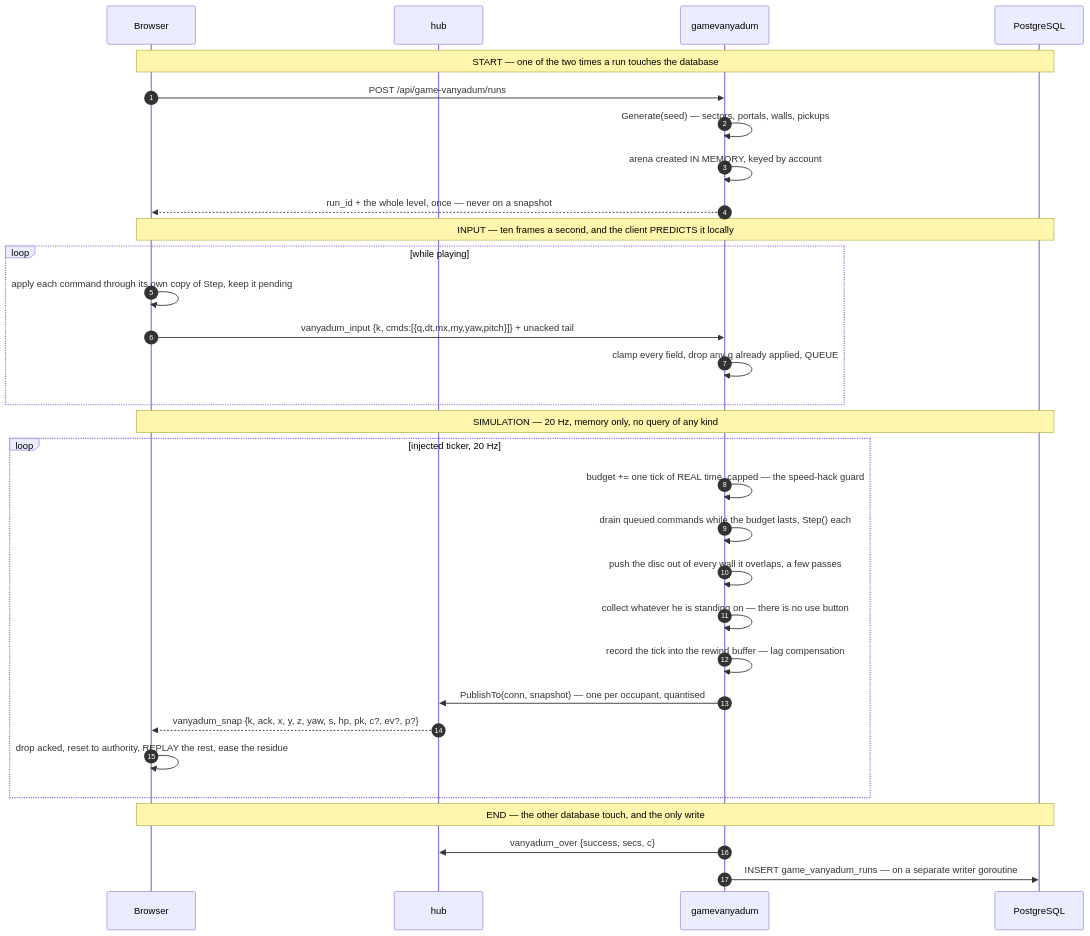
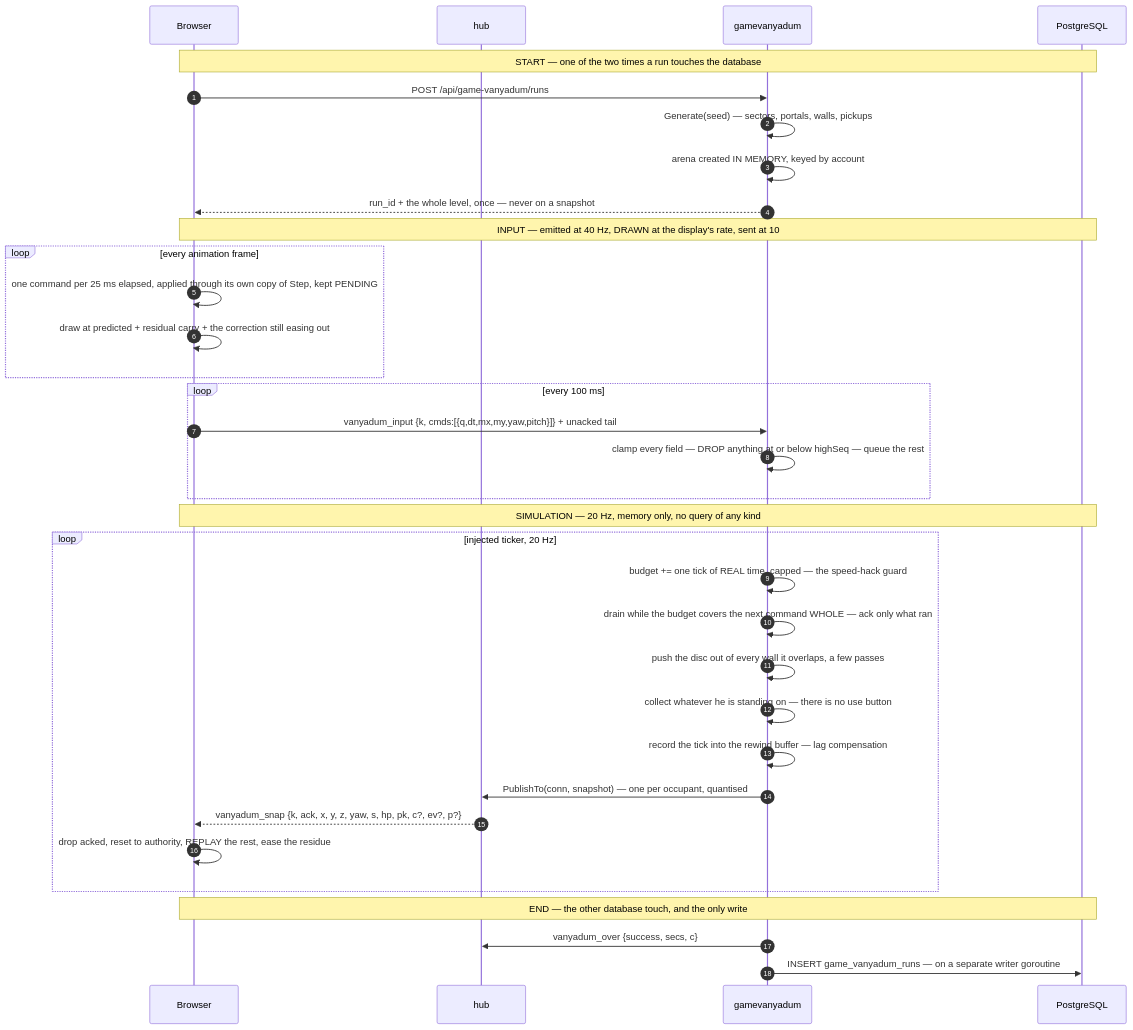
One commit to SergeyZSpb/psycho-space changed the eighth of 13 diagrams in docs/ARCHITECTURE.md. Above: the diagram before and after it, drawn with Mermaid. The commit also changed other lines of this file and 11 other files, not shown here.

````diff
--- a/docs/ARCHITECTURE.md
+++ b/docs/ARCHITECTURE.md
@@ -321,37 +321,40 @@
 ```mermaid
 sequenceDiagram
     autonumber
     participant B as Browser
     participant H as hub
     participant G as gamevanyadum
     participant P as PostgreSQL
 
     Note over B,P: START — one of the two times a run touches the database
     B->>G: POST /api/game-vanyadum/runs
     G->>G: Generate(seed) — sectors, portals, walls, pickups
     G->>G: arena created IN MEMORY, keyed by account
     G-->>B: run_id + the whole level, once — never on a snapshot
 
-    Note over B,P: INPUT — ten frames a second, and the client PREDICTS it locally
-    loop while playing
-        B->>B: apply each command through its own copy of Step, keep it pending
+    Note over B,P: INPUT — emitted at 40 Hz, DRAWN at the display's rate, sent at 10
+    loop every animation frame
+        B->>B: one command per 25 ms elapsed, applied through its own copy of Step, kept PENDING
+        B->>B: draw at predicted + residual carry + the correction still easing out
+    end
+    loop every 100 ms
         B->>G: vanyadum_input {k, cmds:[{q,dt,mx,my,yaw,pitch}]} + unacked tail
-        G->>G: clamp every field, drop any q already applied, QUEUE
+        G->>G: clamp every field — DROP anything at or below highSeq — queue the rest
     end
 
     Note over B,P: SIMULATION — 20 Hz, memory only, no query of any kind
     loop injected ticker, 20 Hz
         G->>G: budget += one tick of REAL time, capped — the speed-hack guard
-        G->>G: drain queued commands while the budget lasts, Step() each
+        G->>G: drain while the budget covers the next command WHOLE — ack only what ran
         G->>G: push the disc out of every wall it overlaps, a few passes
         G->>G: collect whatever he is standing on — there is no use button
         G->>G: record the tick into the rewind buffer — lag compensation
         G->>H: PublishTo(conn, snapshot) — one per occupant, quantised
         H-->>B: vanyadum_snap {k, ack, x, y, z, yaw, s, hp, pk, c?, ev?, p?}
         B->>B: drop acked, reset to authority, REPLAY the rest, ease the residue
     end
 
     Note over B,P: END — the other database touch, and the only write
     G->>H: vanyadum_over {success, secs, c}
     G->>P: INSERT game_vanyadum_runs — on a separate writer goroutine
 ```
````
